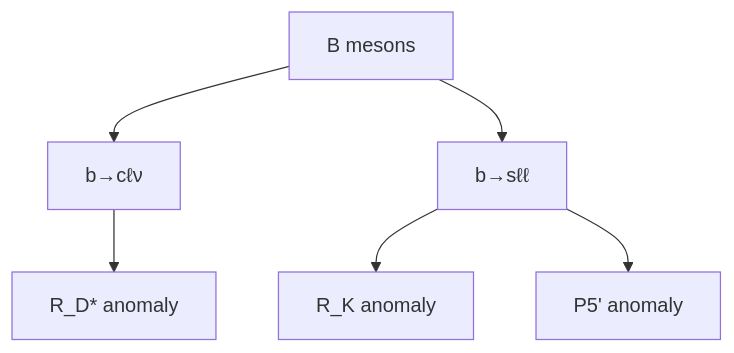
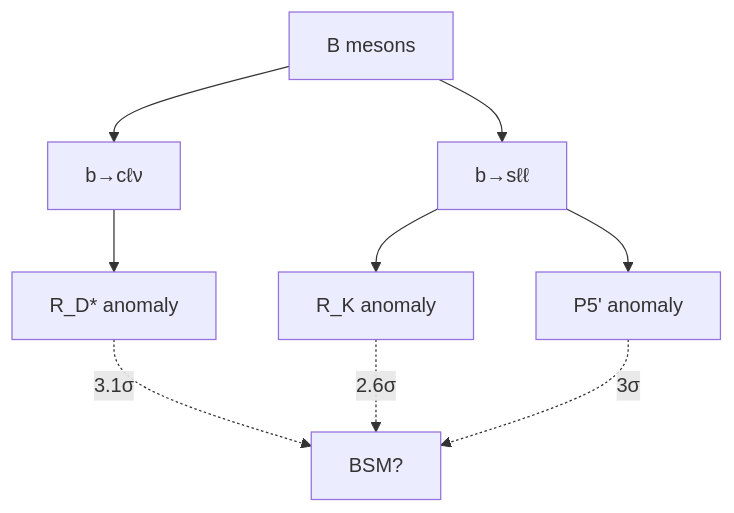
Before and after one commit to yip-lgtm/PhysicsSelfStudy: the fourth of 5 diagrams in 03_MSc_Physics/electives/MSPY_6610_Particle_Physics_Phenomenology/README.md, drawn with Mermaid. The commit also changed other lines of this file and 17 other files, not shown here.

````diff
--- a/03_MSc_Physics/electives/MSPY_6610_Particle_Physics_Phenomenology/README.md
+++ b/03_MSc_Physics/electives/MSPY_6610_Particle_Physics_Phenomenology/README.md
@@ -285,8 +425,11 @@
 ```mermaid
 graph TD
     A[B mesons] --> B[b→cℓν]
     A --> C[b→sℓℓ]
     B --> D[R_D* anomaly]
     C --> E[R_K anomaly]
     C --> F[P5' anomaly]
+    D -.->|3.1σ| G[BSM?]
+    E -.->|2.6σ| G
+    F -.->|3σ| G
 ```
````
